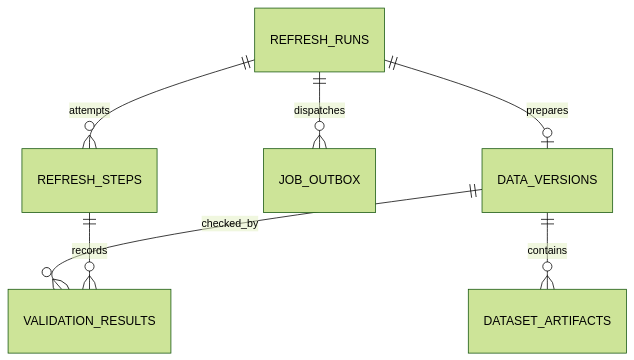
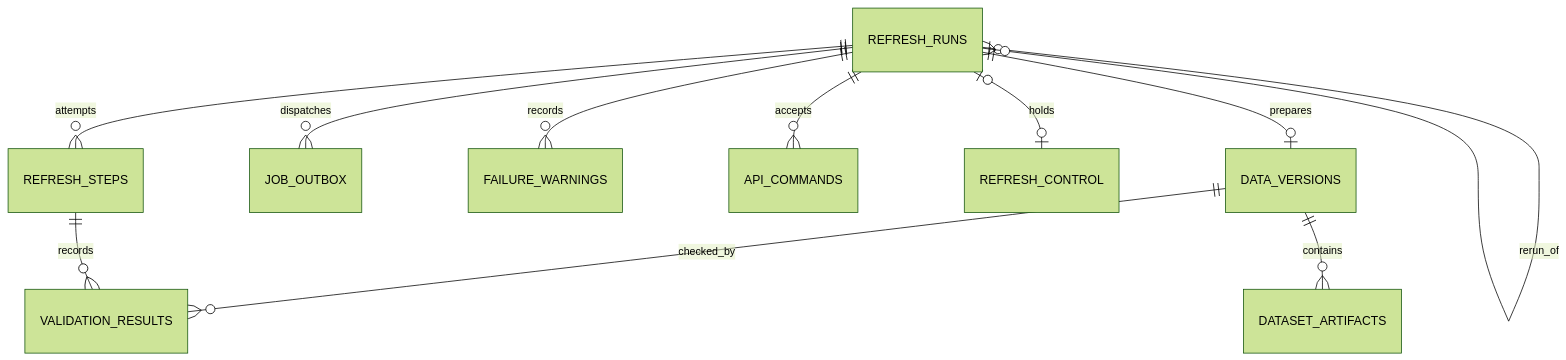
One commit to alejandroayalad/trinity changed the second of 3 diagrams in docs/schema.md. Above: the diagram before and after it, drawn with Mermaid (forest theme). The commit also changed other lines of this file and 12 other files, not shown here.

Commit message:
docs: define API flow and publication recovery contract

````diff
--- a/docs/schema.md
+++ b/docs/schema.md
@@ -157,10 +178,14 @@
 ```mermaid
 erDiagram
     direction TB
     REFRESH_RUNS ||--o{ REFRESH_STEPS : attempts
     REFRESH_RUNS ||--o{ JOB_OUTBOX : dispatches
+    REFRESH_RUNS ||--o{ FAILURE_WARNINGS : records
+    REFRESH_RUNS ||--o{ API_COMMANDS : accepts
+    REFRESH_RUNS |o--o| REFRESH_CONTROL : holds
+    REFRESH_RUNS |o--o{ REFRESH_RUNS : rerun_of
     REFRESH_RUNS ||--o| DATA_VERSIONS : prepares
     DATA_VERSIONS ||--o{ DATASET_ARTIFACTS : contains
     DATA_VERSIONS ||--o{ VALIDATION_RESULTS : checked_by
     REFRESH_STEPS ||--o{ VALIDATION_RESULTS : records
 ```
````
